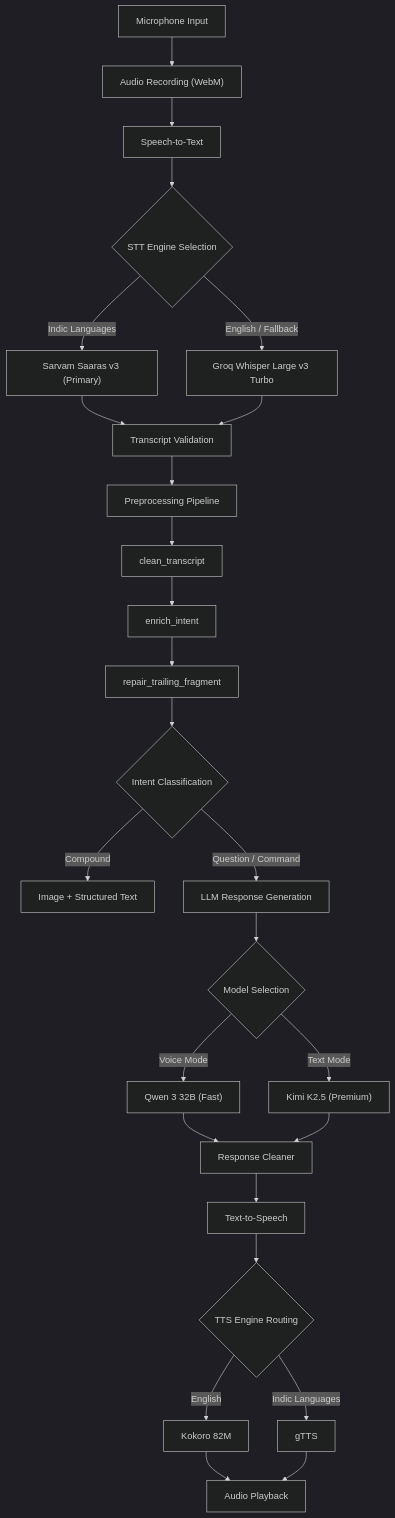
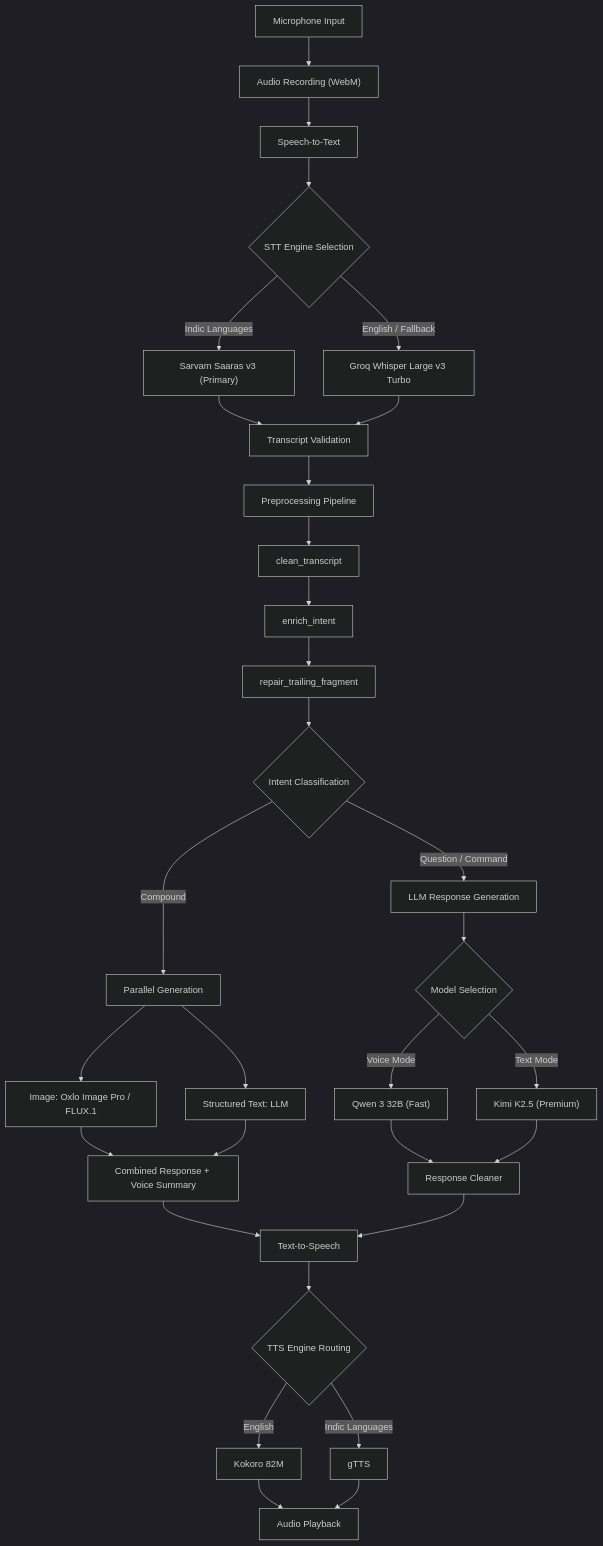
The second of 4 diagrams in README.md (pavithra-hn/-Oxlo-VoxVision.ai), drawn with Mermaid (dark theme) before and after one commit. The commit also changed other lines of this file and 16 other files, not shown here.

````diff
--- a/README.md
+++ b/README.md
@@ -155,28 +165,33 @@
 ```mermaid
 flowchart TB
     A["Microphone Input"] --> B["Audio Recording (WebM)"]
     B --> C["Speech-to-Text"]
     C --> D{"STT Engine Selection"}
     D -->|"Indic Languages"| E["Sarvam Saaras v3 (Primary)"]
     D -->|"English / Fallback"| F["Groq Whisper Large v3 Turbo"]
     E --> G["Transcript Validation"]
     F --> G
     G --> H["Preprocessing Pipeline"]
     H --> H1["clean_transcript"]
     H1 --> H2["enrich_intent"]
     H2 --> H3["repair_trailing_fragment"]
     H3 --> I{"Intent Classification"}
-    I -->|"Compound"| J["Image + Structured Text"]
+    I -->|"Compound"| J["Parallel Generation"]
+    J --> J1["Image: Oxlo Image Pro / FLUX.1"]
+    J --> J2["Structured Text: LLM"]
+    J1 --> J3["Combined Response + Voice Summary"]
+    J2 --> J3
     I -->|"Question / Command"| K["LLM Response Generation"]
     K --> L{"Model Selection"}
     L -->|"Voice Mode"| M["Qwen 3 32B (Fast)"]
     L -->|"Text Mode"| N["Kimi K2.5 (Premium)"]
     M --> O["Response Cleaner"]
     N --> O
-    O --> P["Text-to-Speech"]
+    J3 --> P["Text-to-Speech"]
+    O --> P
     P --> Q{"TTS Engine Routing"}
     Q -->|"English"| R["Kokoro 82M"]
     Q -->|"Indic Languages"| S["gTTS"]
     R --> T["Audio Playback"]
     S --> T
 ```
````
